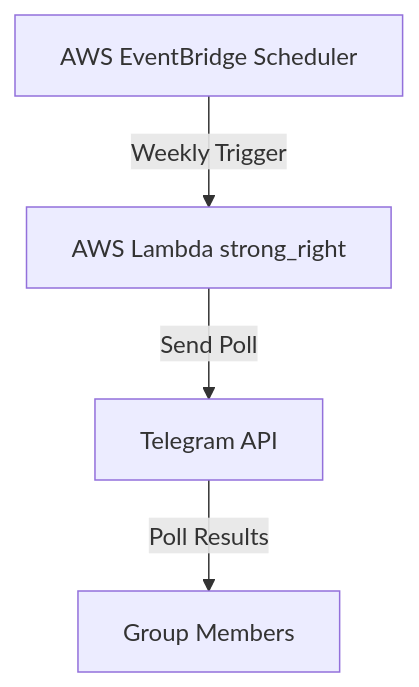
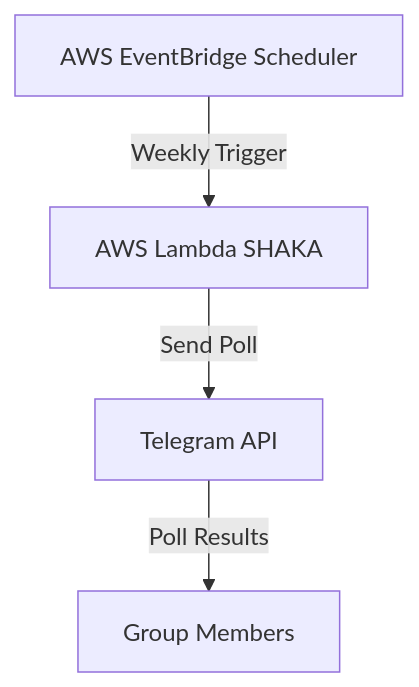
One commit to haojunsng/sh-vegapunk changed the first of 2 diagrams in README.md. Above: the diagram before and after it, drawn with Mermaid. The commit also changed other lines of this file and 1 other file, not shown here.

````diff
--- a/README.md
+++ b/README.md
@@ -20,6 +20,6 @@
 ```mermaid
 graph TD
-    EB[AWS EventBridge Scheduler] -->|Weekly Trigger| LAMBDA[AWS Lambda strong_right]
+    EB[AWS EventBridge Scheduler] -->|Weekly Trigger| LAMBDA[AWS Lambda SHAKA]
     LAMBDA -->|Send Poll| TG[Telegram API]
     TG -->|Poll Results| USERS[Group Members]
 ```
````
